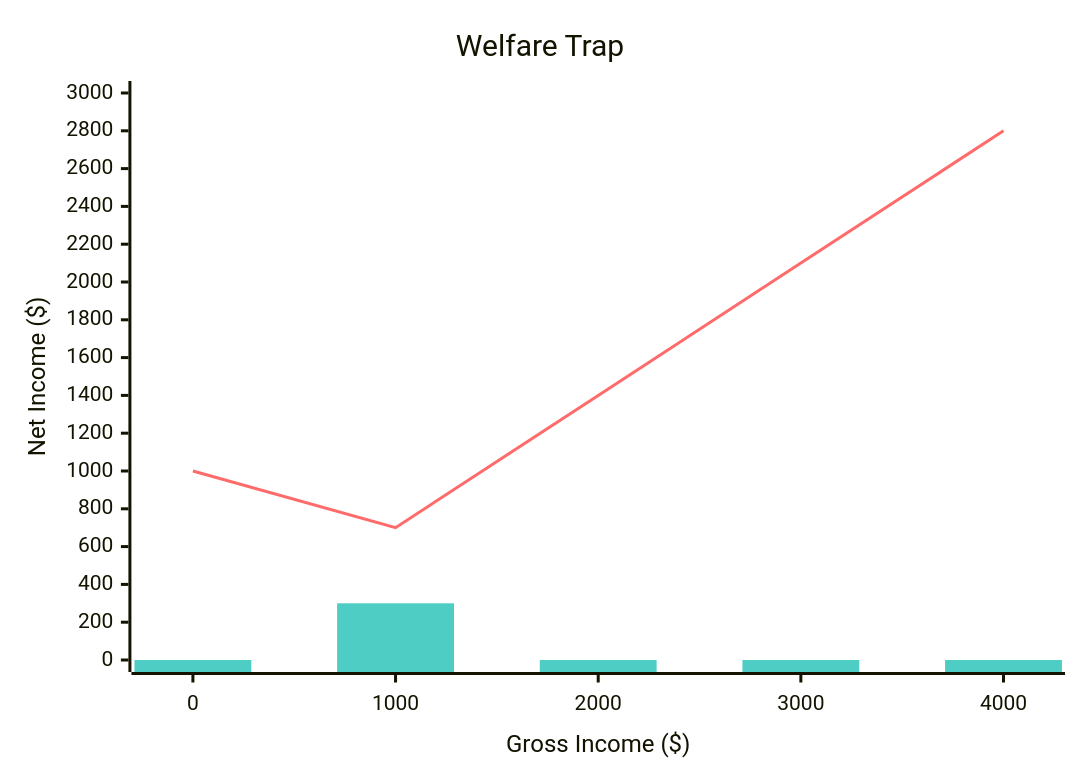
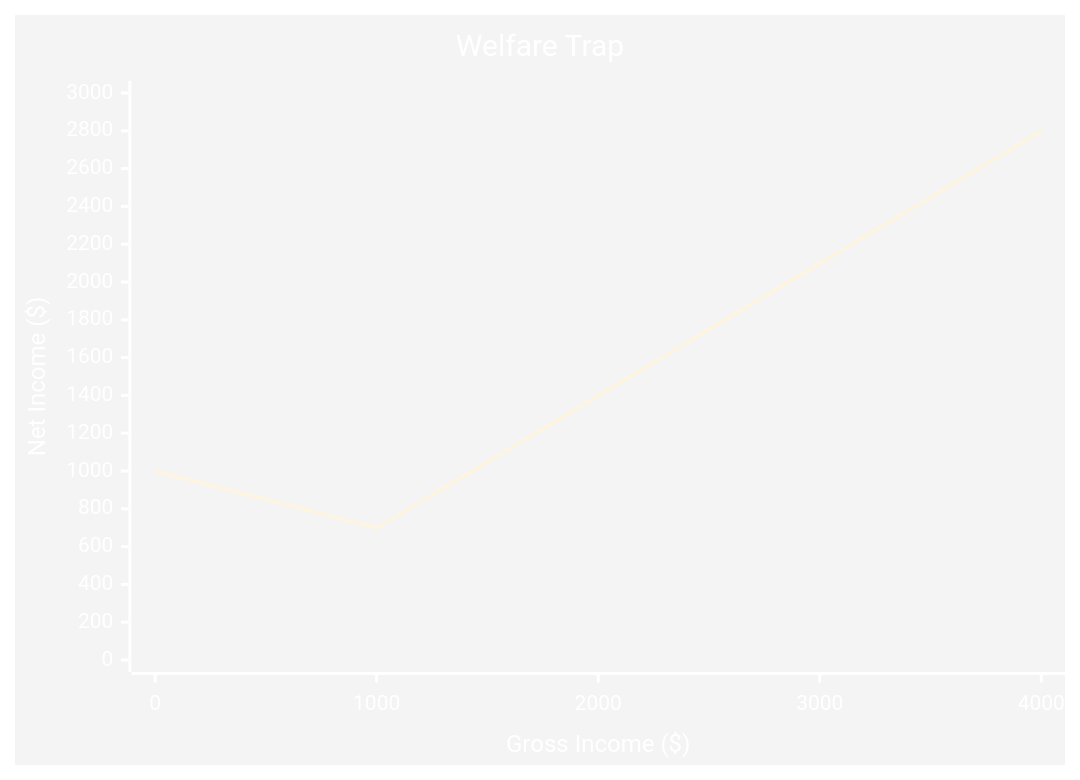
One commit to sergey-shandar/public changed the first of 4 diagrams in notes/economy/justice.md. Above: the diagram before and after it, drawn with Mermaid. The commit also changed other lines of this file, not shown here.

````diff
--- a/notes/economy/justice.md
+++ b/notes/economy/justice.md
@@ -14,9 +14,8 @@
 ```mermaid
-%%{init: {'theme':'base', 'themeVariables': {'xyChart': {'plotColorPalette': '#ff6b6b,#4ecdc4,#45b7d1,#96ceb4,#ffeaa7,#fd79a8,#a29bfe,#6c5ce7'}}}}%%
+%%{init: {'theme':'base', 'themeVariables': {'primaryColor':'#ff6b6b', 'primaryTextColor':'#fff', 'primaryBorderColor':'#ff6b6b', 'lineColor':'#5490cc', 'secondaryColor':'#ffda79', 'tertiaryColor':'#fff'}}}%%
 xychart-beta
     title "Welfare Trap"
     x-axis "Gross Income ($)" [0, 1000, 2000, 3000, 4000]
     y-axis "Net Income ($)" 0 --> 3000
     line "Net Income" [1000, 700, 1400, 2100, 2800]
-    bar "Benefit Loss" [0, 300, 0, 0, 0]
 ```
````
